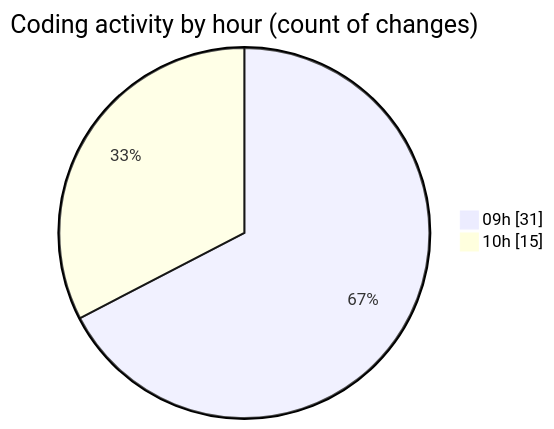
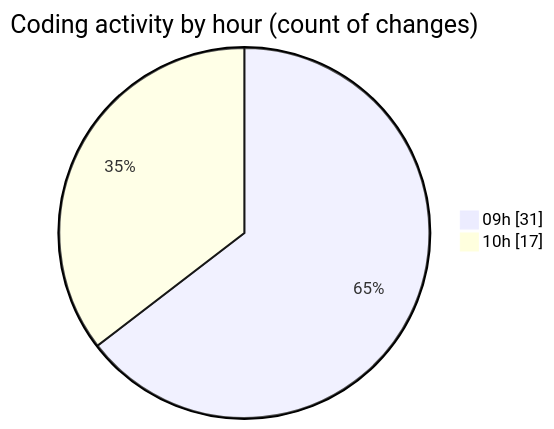
One commit to robertbonfada/code-tracking changed the second of 2 diagrams in 2025-03-05/termonied_testador/README.md. Above: the diagram before and after it, drawn with Mermaid. The commit also changed other lines of this file and 1 other file, not shown here.

````diff
--- a/2025-03-05/termonied_testador/README.md
+++ b/2025-03-05/termonied_testador/README.md
@@ -35,6 +35,6 @@
 ```mermaid
 pie showData
 title Coding activity by hour (count of changes)
 "09h" : 31
-"10h" : 15
+"10h" : 17
 ```
````
